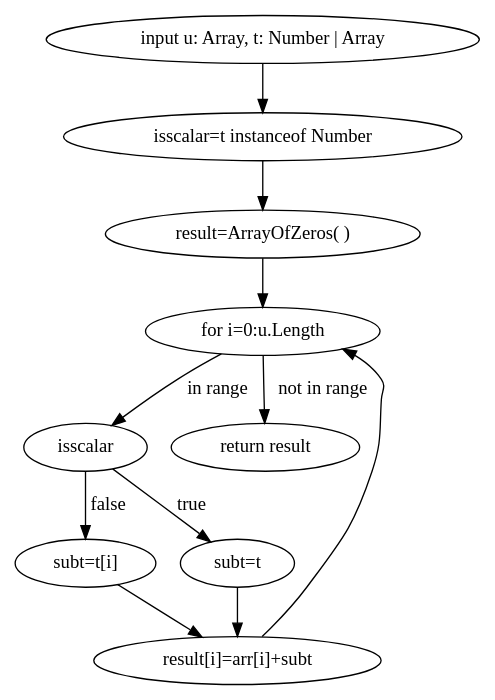
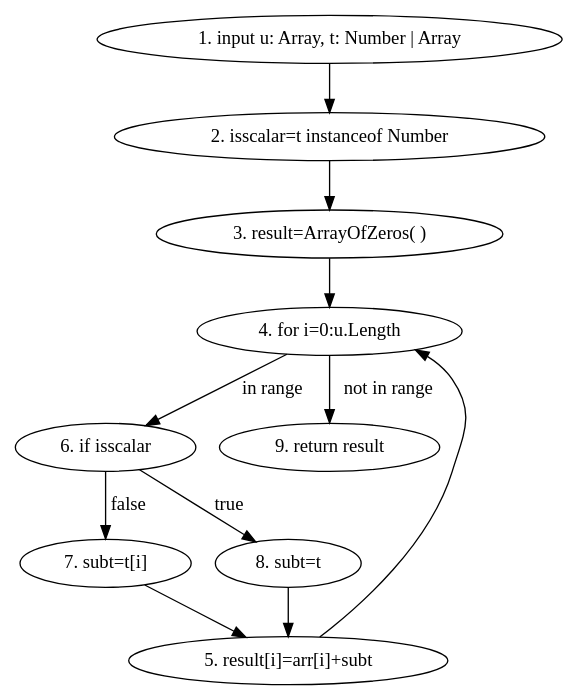
The diagram in test_graphs/scripts/vector/arrayAdd.dot (drakexcaptainop/p5t), drawn with Graphviz before and after one commit. The commit also changed 46 other files, not shown here.

Commit message:
scripts for graphs

```diff
--- a/test_graphs/scripts/vector/arrayAdd.dot
+++ b/test_graphs/scripts/vector/arrayAdd.dot
@@ -1,20 +1,20 @@
 digraph G {
-    INP [label="input u: Array, t: Number | Array"]
-    ISS [label="isscalar=t instanceof Number"]
-    RES [label="result=ArrayOfZeros( )"]
-    FOR [label="for i=0:u.Length"]
-    ADD [label="result[i]=arr[i]+subt"]
-    IF [label="isscalar"]
-    SUBT1 [label="subt=t[i]"]
-    SUBT2 [label="subt=t"]
-    RET [label="return result"]
+    INP [label="1. input u: Array, t: Number | Array"]
+    ISS [label="2. isscalar=t instanceof Number"]
+    RES [label="3. result=ArrayOfZeros( )"]
+    FOR [label="4. for i=0:u.Length"]
+    ADD [label="5. result[i]=arr[i]+subt"]
+    IF [label="6. if isscalar"]
+    SUBT1 [label="7. subt=t[i]"]
+    SUBT2 [label="8. subt=t"]
+    RET [label="9. return result"]
 
     INP -> ISS -> RES -> FOR 
     FOR -> IF [label="in range"]
     IF -> SUBT2 [label="true"]
     IF -> SUBT1 [label="false"]
     SUBT2 -> ADD
     SUBT1 -> ADD 
     FOR -> RET [label="not in range"]
     ADD -> FOR
 }
```
